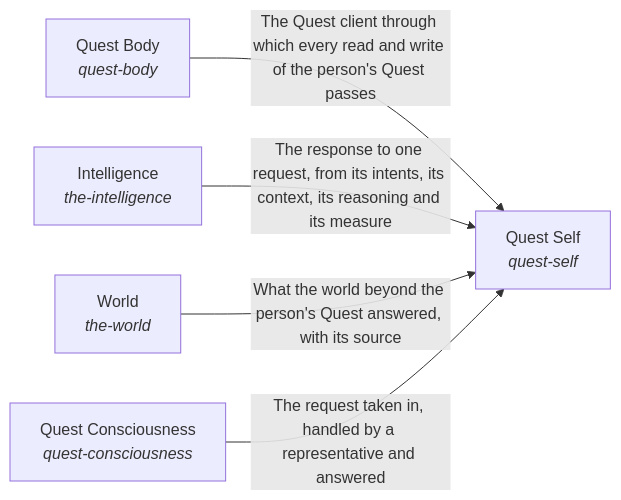
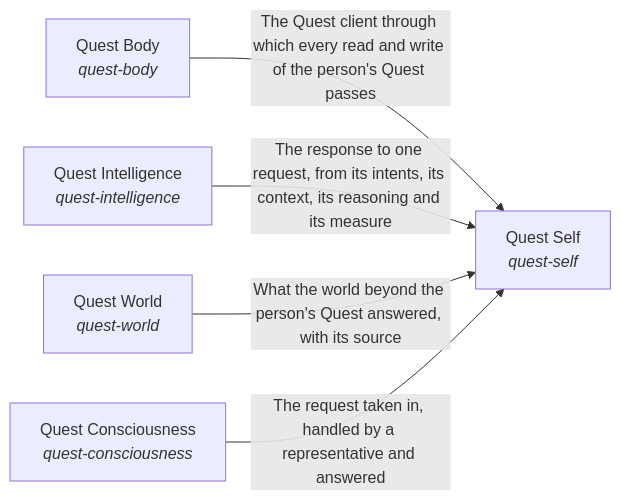
Before and after one commit to SpiritualData/quest-ai-runner: the diagram in esoi/README.md, drawn with Mermaid. The commit also changed other lines of this file and 24 other files, not shown here.

Commit message:
Intelligence and World get their own Quest solutions (quest-intelligence, quest-world) with interfaces, records and metrics instead of re-declaring the hub's composition arms

````diff
--- a/esoi/README.md
+++ b/esoi/README.md
@@ -17,12 +17,12 @@
 ```mermaid
 flowchart LR
     s0["Quest Self<br/><i>quest-self</i>"]
     s1["Quest Body<br/><i>quest-body</i>"]
-    s2["Intelligence<br/><i>the-intelligence</i>"]
-    s3["World<br/><i>the-world</i>"]
+    s2["Quest Intelligence<br/><i>quest-intelligence</i>"]
+    s3["Quest World<br/><i>quest-world</i>"]
     s4["Quest Consciousness<br/><i>quest-consciousness</i>"]
     s1 -->|"The Quest client through which every read and write of the person's Quest passes"| s0
     s2 -->|"The response to one request, from its intents, its context, its reasoning and its measure"| s0
     s3 -->|"What the world beyond the person's Quest answered, with its source"| s0
     s4 -->|"The request taken in, handled by a representative and answered"| s0
 ```
````
